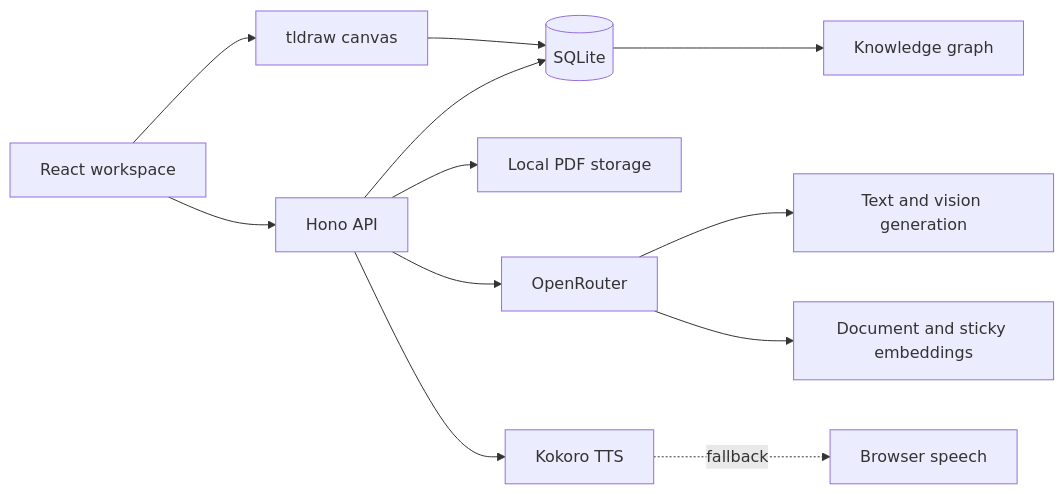
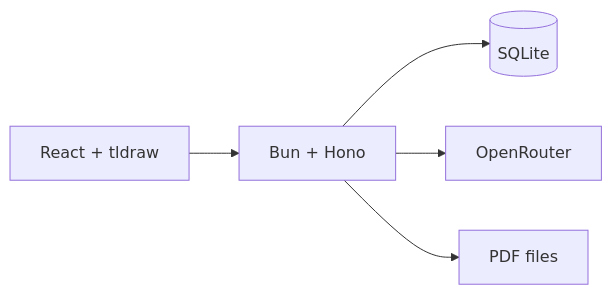
Before and after one commit to Mikeyzgoat/ScholarLM: the diagram in README.md, drawn with Mermaid. The commit also changed other lines of this file, not shown here.

````diff
--- a/README.md
+++ b/README.md
@@ -57,14 +33,7 @@
 ```mermaid
 flowchart LR
-    UI[React workspace] --> API[Hono API]
-    UI --> Canvas[tldraw canvas]
-    API --> SQLite[(SQLite)]
-    API --> Files[Local PDF storage]
-    API --> OR[OpenRouter]
-    OR --> Generation[Text and vision generation]
-    OR --> Embeddings[Document and sticky embeddings]
-    API --> TTS[Kokoro TTS]
-    TTS -. fallback .-> Browser[Browser speech]
-    SQLite --> Graph[Knowledge graph]
-    Canvas --> SQLite
+    Browser[React + tldraw] --> API[Bun + Hono]
+    API --> DB[(SQLite)]
+    API --> AI[OpenRouter]
+    API --> Files[PDF files]
 ```
````
